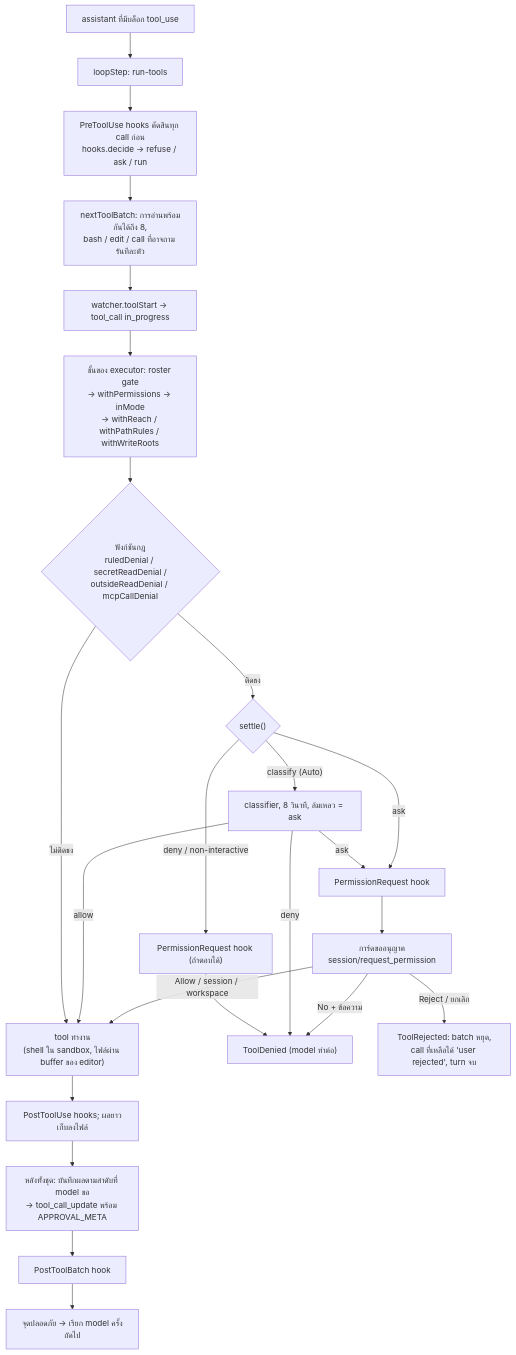
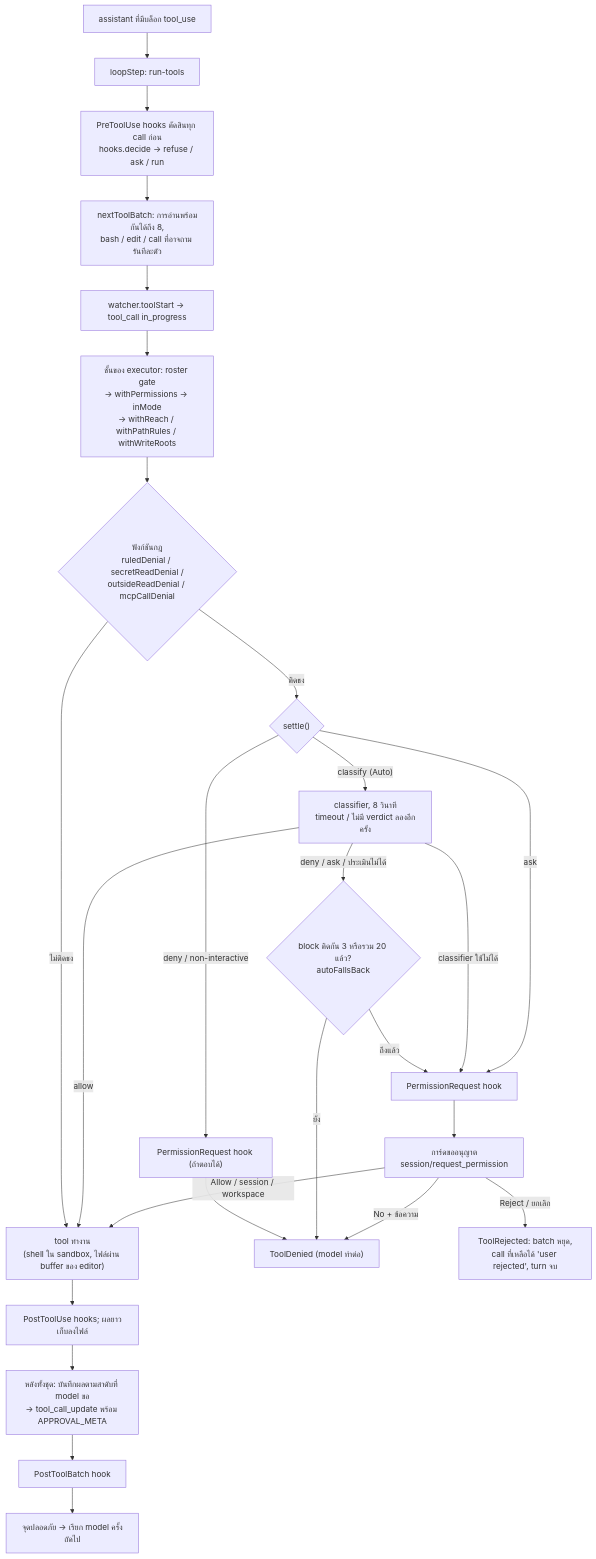
One commit to GA-MO/geno changed the diagram in packages/docs/src/content/docs/concepts/tool-pipeline.md. Above: the diagram before and after it, drawn with Mermaid. The commit also changed other lines of this file and 9 other files, not shown here.

````diff
--- a/packages/docs/src/content/docs/concepts/tool-pipeline.md
+++ b/packages/docs/src/content/docs/concepts/tool-pipeline.md
@@ -8,23 +8,25 @@
 ```mermaid
 flowchart TD
   A["assistant ที่มีบล็อก tool_use"] --> B["loopStep: run-tools"]
   B --> H["PreToolUse hooks ตัดสินทุก call ก่อน<br/>hooks.decide → refuse / ask / run"]
   H --> N["nextToolBatch: การอ่านพร้อมกันได้ถึง 8,<br/>bash / edit / call ที่อาจถาม รันทีละตัว"]
   N --> S["watcher.toolStart → tool_call in_progress"]
   S --> X["ชั้นของ executor: roster gate<br/>→ withPermissions → inMode<br/>→ withReach / withPathRules / withWriteRoots"]
   X --> R{"ฟังก์ชันกฎ<br/>ruledDenial / secretReadDenial /<br/>outsideReadDenial / mcpCallDenial"}
   R -- "ไม่ติดธง" --> RUN["tool ทำงาน<br/>(shell ใน sandbox, ไฟล์ผ่าน buffer ของ editor)"]
   R -- "ติดธง" --> ST{"settle()"}
   ST -- "deny / non-interactive" --> PRH1["PermissionRequest hook (ถ้าตอบได้)"] --> DEN["ToolDenied (model ทำต่อ)"]
-  ST -- "classify (Auto)" --> CL["classifier, 8 วินาที, ล้มเหลว = ask"]
+  ST -- "classify (Auto)" --> CL["classifier, 8 วินาที<br/>timeout / ไม่มี verdict ลองอีกครั้ง"]
   CL -- allow --> RUN
-  CL -- deny --> DEN
-  CL -- ask --> PRH2
+  CL -- "deny / ask / ประเมินไม่ได้" --> FB{"block ติดกัน 3 หรือรวม 20 แล้ว?<br/>autoFallsBack"}
+  FB -- "ยัง" --> DEN
+  FB -- "ถึงแล้ว" --> PRH2
+  CL -- "classifier ใช้ไม่ได้" --> PRH2
   ST -- "ask" --> PRH2["PermissionRequest hook"] --> CARD["การ์ดขออนุญาต<br/>session/request_permission"]
   CARD -- "Allow / session / workspace" --> RUN
   CARD -- "No + ข้อความ" --> DEN
   CARD -- "Reject / ยกเลิก" --> REJ["ToolRejected: batch หยุด,<br/>call ที่เหลือได้ 'user rejected', turn จบ"]
   RUN --> POST["PostToolUse hooks; ผลยาวเก็บลงไฟล์"]
   POST --> LOGR["หลังทั้งชุด: บันทึกผลตามลำดับที่ model ขอ<br/>→ tool_call_update พร้อม APPROVAL_META"]
   LOGR --> PB["PostToolBatch hook"] --> NEXT["จุดปลอดภัย → เรียก model ครั้งถัดไป"]
 ```
````
